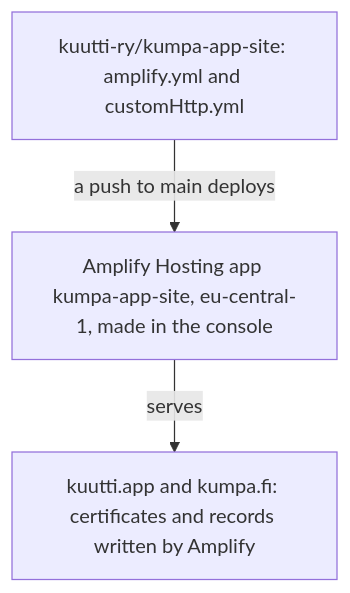
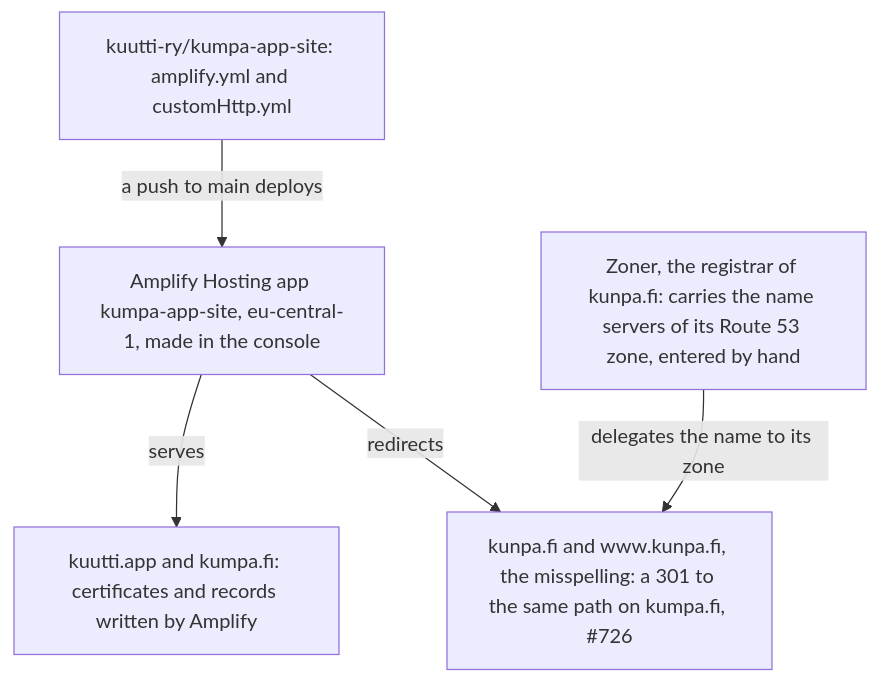
Before and after one commit to kuutti-ry/kumpa-app: the fifth of 5 diagrams in docs/architecture/deployment.md, drawn with Mermaid. The commit also changed other lines of this file and 9 other files, not shown here.

First line of the commit message:
Give the misspelling kunpa.fi a zone and send it to kumpa.fi (#727)

````diff
--- a/docs/architecture/deployment.md
+++ b/docs/architecture/deployment.md
@@ -254,10 +254,14 @@
 ```mermaid
 flowchart TB
   accTitle: Deployment, part 6: the website
-  accDescr: The website's own repository deploys to an Amplify Hosting app made in the console, which serves kuutti.app and kumpa.fi with certificates and records Amplify wrote into their zones.
+  accDescr: The website's own repository deploys to an Amplify Hosting app made in the console, which serves kuutti.app and kumpa.fi with certificates and records Amplify wrote into their zones, and answers for the misspelling kunpa.fi, registered at Zoner, with a redirect to kumpa.fi.
   n57["kuutti-ry/kumpa-app-site: amplify.yml and customHttp.yml"]
   n58["Amplify Hosting app kumpa-app-site, eu-central-1, made in the console"]
   n59["kuutti.app and kumpa.fi: certificates and records written by Amplify"]
+  n67["kunpa.fi and www.kunpa.fi, the misspelling: a 301 to the same path on kumpa.fi, #726"]
+  n68["Zoner, the registrar of kunpa.fi: carries the name servers of its Route 53 zone, entered by hand"]
   n57 -->|"a push to main deploys"| n58
   n58 -->|"serves"| n59
+  n58 -->|"redirects"| n67
+  n68 -->|"delegates the name to its zone"| n67
 ```
````
